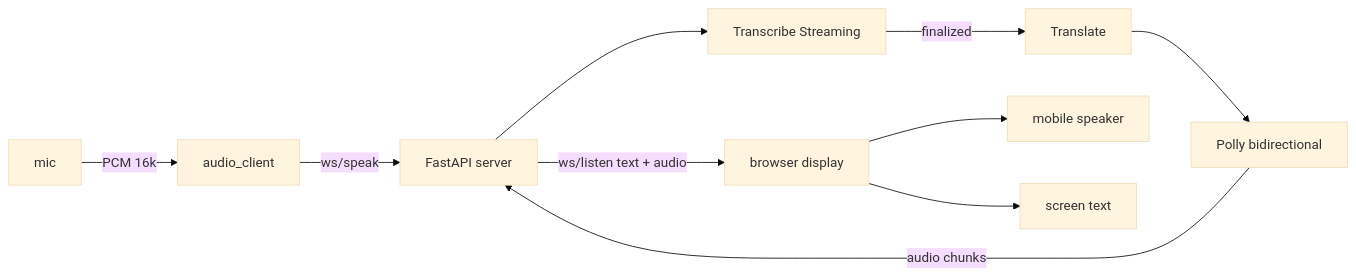
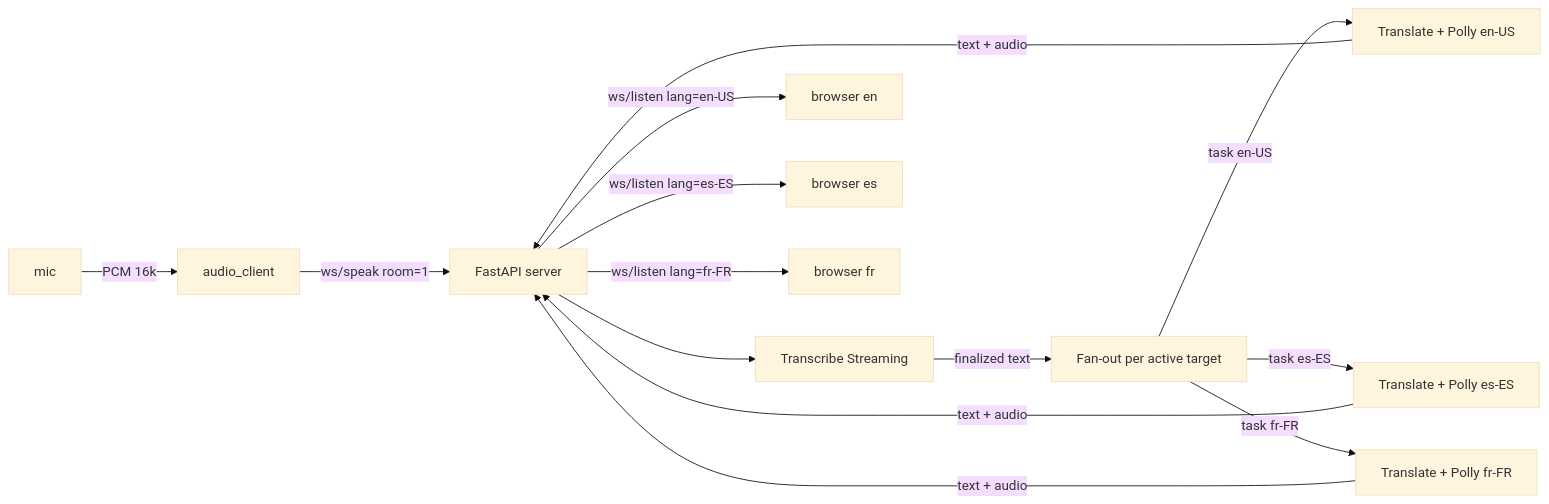
One commit to bilardi/realtime-speech-to-speech changed the first of 2 diagrams in README.md. Above: the diagram before and after it, drawn with Mermaid (base theme). The commit also changed other lines of this file, not shown here.

Commit message:
docs: update README for fan-out, room concept, and new endpoints

````diff
--- a/README.md
+++ b/README.md
@@ -9,12 +9,16 @@
 ```mermaid
 flowchart LR
   M[mic] -->|PCM 16k| AC[audio_client]
-  AC -->|ws/speak| S[FastAPI server]
+  AC -->|ws/speak room=1| S[FastAPI server]
   S --> T[Transcribe Streaming]
-  T -->|finalized| TR[Translate]
-  TR --> P[Polly bidirectional]
-  P -->|audio chunks| S
-  S -->|ws/listen text + audio| B[browser display]
-  B --> SP[mobile speaker]
-  B --> SC[screen text]
+  T -->|finalized text| FO[Fan-out per active target]
+  FO -->|task en-US| P1[Translate + Polly en-US]
+  FO -->|task es-ES| P2[Translate + Polly es-ES]
+  FO -->|task fr-FR| P3[Translate + Polly fr-FR]
+  P1 -->|text + audio| S
+  P2 -->|text + audio| S
+  P3 -->|text + audio| S
+  S -->|ws/listen lang=en-US| B1[browser en]
+  S -->|ws/listen lang=es-ES| B2[browser es]
+  S -->|ws/listen lang=fr-FR| B3[browser fr]
 ```
````
